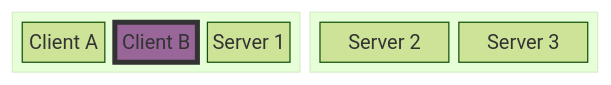
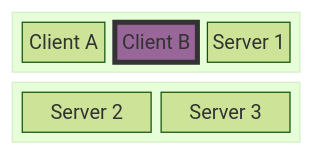
One commit to jan379/quobyte-presales changed the diagram in slidegenerator/mermaid/cluster_diagram.md. Above: the diagram before and after it, drawn with Mermaid (forest theme).

Commit message:
simplify

````diff
--- a/slidegenerator/mermaid/cluster_diagram.md
+++ b/slidegenerator/mermaid/cluster_diagram.md
@@ -3,15 +3,15 @@
 ```mermaid
 block-beta
-columns 3
+columns 1
   block:Compute
     A["Client A"]
     B["Client B"]
     C["Client C"]
   end
   block:Storage
     C["Server 1"]
     D["Server 2"]
     E["Server 3"]
   end
   style B fill:#969,stroke:#333,stroke-width:4px
 ```
````
